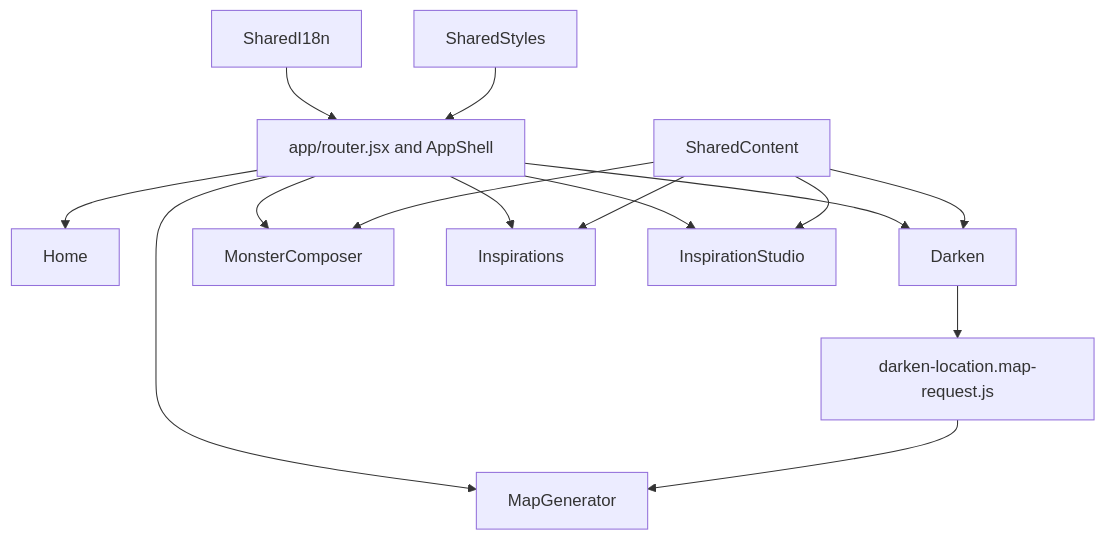
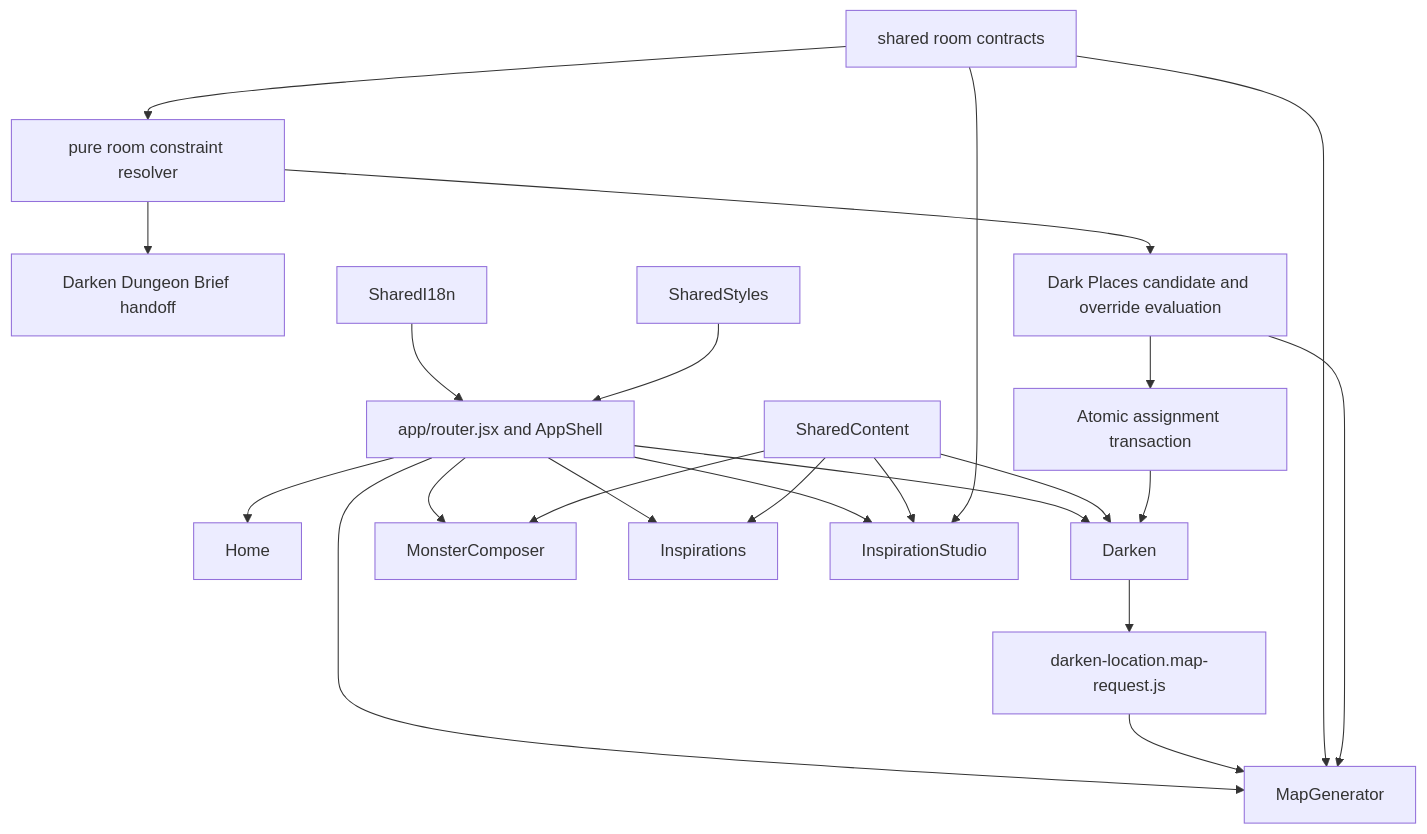
Before and after one commit to danilo-aversa/cruor-games: the first of 4 diagrams in docs/repository-map/dependency-graph.md, drawn with Mermaid. The commit also changed other lines of this file and 67 other files, not shown here.

````diff
--- a/docs/repository-map/dependency-graph.md
+++ b/docs/repository-map/dependency-graph.md
@@ -7,17 +7,25 @@
 ```mermaid
 flowchart TD
   App[app/router.jsx and AppShell] --> Home
   App --> Darken
   App --> MapGenerator
   App --> MonsterComposer
   App --> Inspirations
   App --> InspirationStudio
   Darken --> MapBridge[darken-location.map-request.js]
   MapBridge --> MapGenerator
   SharedContent --> Darken
   SharedContent --> MonsterComposer
   SharedContent --> Inspirations
   SharedContent --> InspirationStudio
+  RoomContracts[shared room contracts] --> InspirationStudio
+  RoomContracts --> MapGenerator
+  RoomContracts --> RoomResolver[pure room constraint resolver]
+  RoomResolver --> DungeonBrief[Darken Dungeon Brief handoff]
+  RoomResolver --> RoomEvaluation[Dark Places candidate and override evaluation]
+  RoomEvaluation --> AssignmentTx[Atomic assignment transaction]
+  AssignmentTx --> Darken
+  RoomEvaluation --> MapGenerator
   SharedI18n --> App
   SharedStyles --> App
 ```
````
